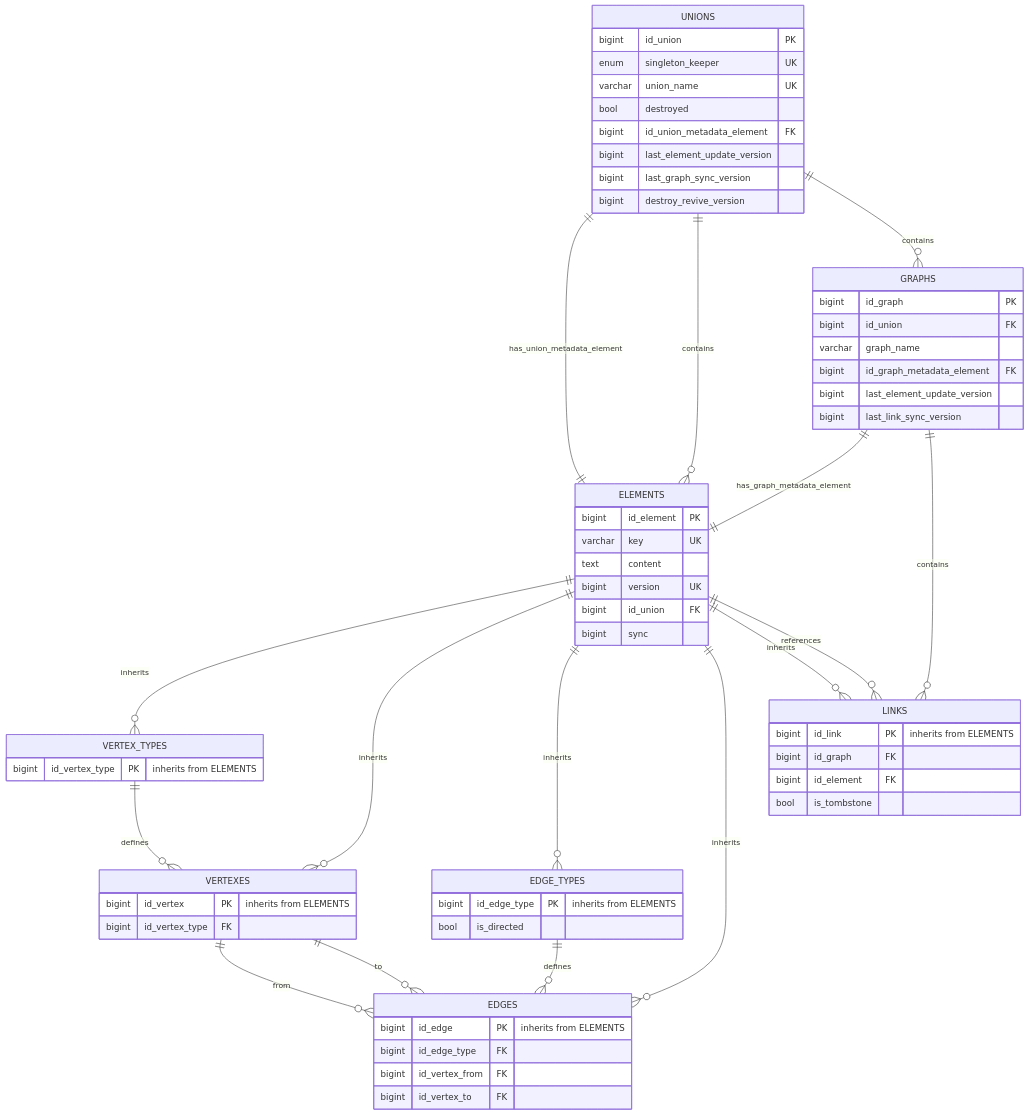
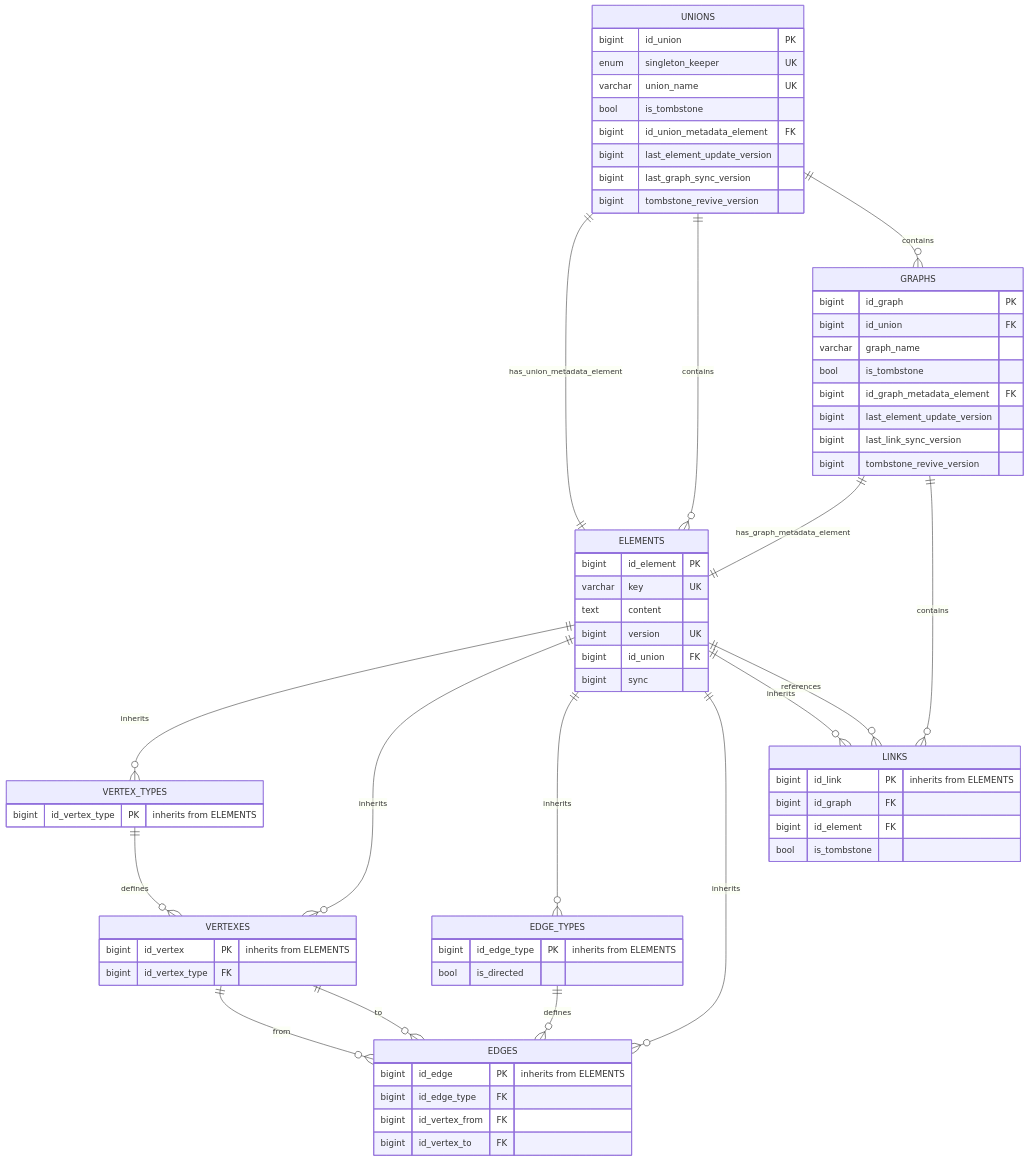
Before and after one commit to flower-org/ViUn: the diagram in ViUn source DB (legacy).md, drawn with Mermaid.

Commit message:
Update ViUn source DB (legacy).md

````diff
--- a/ViUn source DB (legacy).md
+++ b/ViUn source DB (legacy).md
@@ -5,74 +5,76 @@
 ```mermaid
 erDiagram
     UNIONS ||--|| ELEMENTS : "has_union_metadata_element"
     UNIONS ||--o{ ELEMENTS : contains
     UNIONS ||--o{ GRAPHS : contains
     UNIONS {
         bigint id_union PK
         enum singleton_keeper UK
         varchar union_name UK
-        bool destroyed
+        bool is_tombstone
         bigint id_union_metadata_element FK
         bigint last_element_update_version
         bigint last_graph_sync_version
-        bigint destroy_revive_version
+        bigint tombstone_revive_version
     }
 
     ELEMENTS ||--o{ VERTEX_TYPES : "inherits"
     ELEMENTS ||--o{ VERTEXES : "inherits"
     ELEMENTS ||--o{ EDGE_TYPES : "inherits"
     ELEMENTS ||--o{ EDGES : "inherits"
     ELEMENTS ||--o{ LINKS : "inherits"
     ELEMENTS ||--o{ LINKS : references
     ELEMENTS {
         bigint id_element PK
         varchar key UK
         text content
         bigint version UK
         bigint id_union FK
         bigint sync
     }
 
     VERTEX_TYPES ||--o{ VERTEXES : "defines"
     VERTEX_TYPES {
         bigint id_vertex_type PK "inherits from ELEMENTS"
     }
 
     VERTEXES ||--o{ EDGES : "from"
     VERTEXES ||--o{ EDGES : "to"
     VERTEXES {
         bigint id_vertex PK "inherits from ELEMENTS"
         bigint id_vertex_type FK
     }
 
     EDGE_TYPES {
         bigint id_edge_type PK "inherits from ELEMENTS"
         bool is_directed
     }
 
     EDGE_TYPES ||--o{ EDGES : "defines"
     EDGES {
         bigint id_edge PK "inherits from ELEMENTS"
         bigint id_edge_type FK
         bigint id_vertex_from FK
         bigint id_vertex_to FK
     }
 
     GRAPHS ||--|| ELEMENTS : "has_graph_metadata_element"
     GRAPHS ||--o{ LINKS : contains
     GRAPHS {
         bigint id_graph PK
         bigint id_union FK
         varchar graph_name
+        bool is_tombstone
         bigint id_graph_metadata_element FK
         bigint last_element_update_version
         bigint last_link_sync_version
+        bigint tombstone_revive_version
     }
 
     LINKS {
         bigint id_link PK "inherits from ELEMENTS"
         bigint id_graph FK
         bigint id_element FK
         bool is_tombstone
     }
 ```
````
